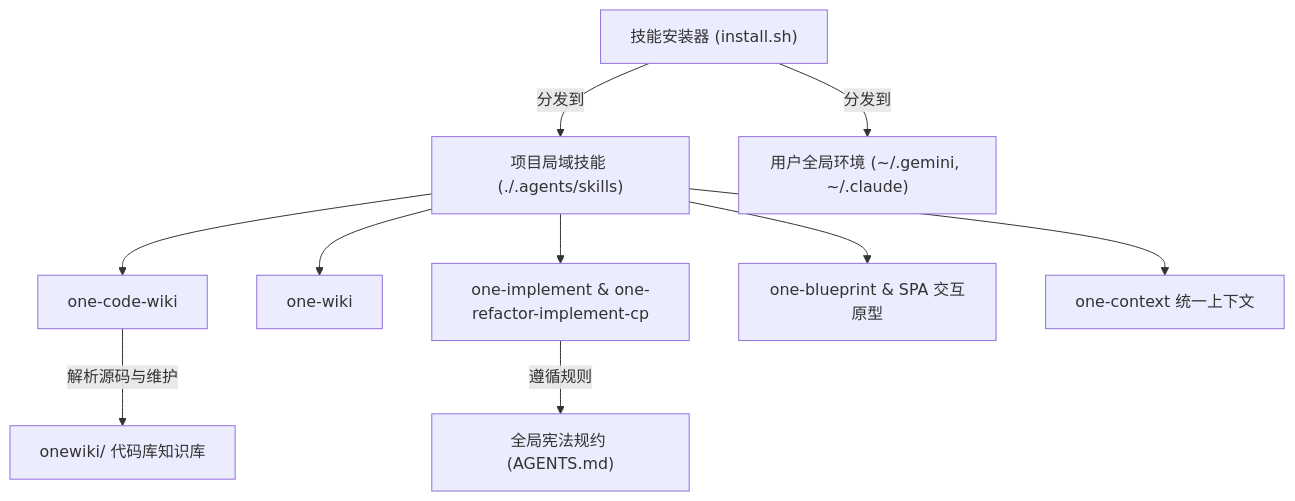
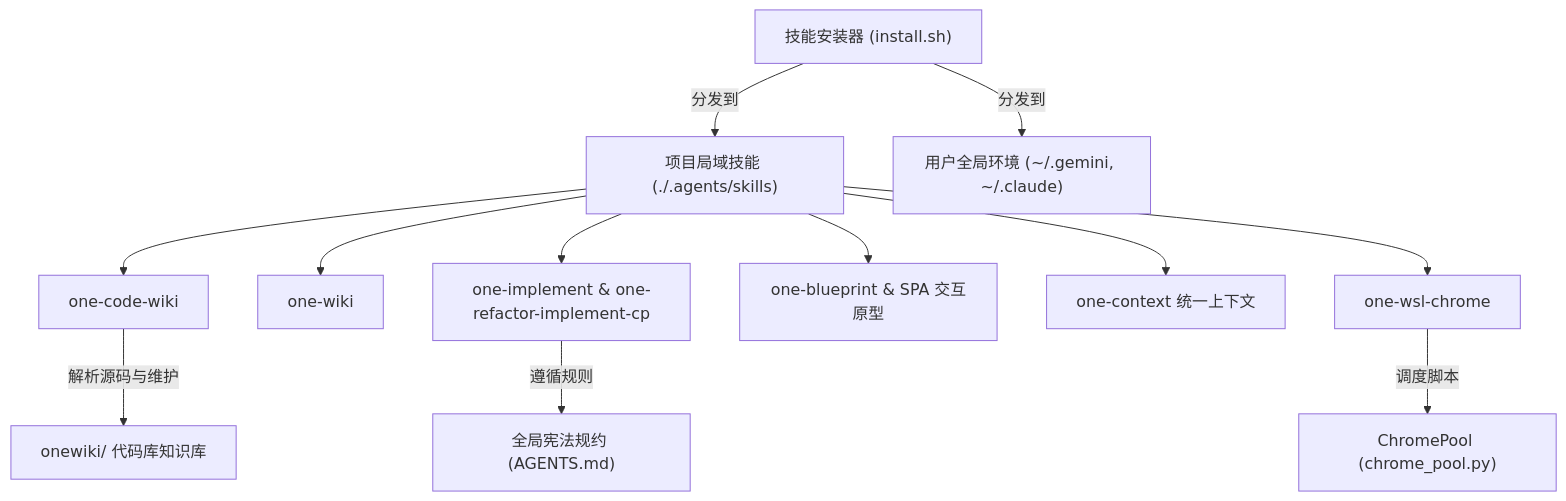
The diagram in onewiki/index.md (wupengbo125/one-skills), drawn with Mermaid before and after one commit. The commit also changed other lines of this file and 4 other files, not shown here.

Commit message:
fix: 精准对齐状态，恢复原版 one-wsl-chrome 并维持 one-git-commit 删除状态

````diff
--- a/onewiki/index.md
+++ b/onewiki/index.md
@@ -30,13 +31,15 @@
 ```mermaid
 flowchart TD
     Installer["技能安装器 (install.sh)"] -->|分发到| AgentsDir["项目局域技能 (./.agents/skills)"]
     Installer -->|分发到| UserGlobal["用户全局环境 (~/.gemini, ~/.claude)"]
     
     AgentsDir --> CodeWiki["one-code-wiki"]
     AgentsDir --> LLMWiki["one-wiki"]
     AgentsDir --> Impl["one-implement & one-refactor-implement-cp"]
     AgentsDir --> Blueprint["one-blueprint & SPA 交互原型"]
     AgentsDir --> Context["one-context 统一上下文"]
+    AgentsDir --> Chrome["one-wsl-chrome"]
     CodeWiki -->|解析源码与维护| OneWikiDir["onewiki/ 代码库知识库"]
     Impl -->|遵循规则| Rules["全局宪法规约 (AGENTS.md)"]
+    Chrome -->|调度脚本| ChromePool["ChromePool (chrome_pool.py)"]
 ```
````
